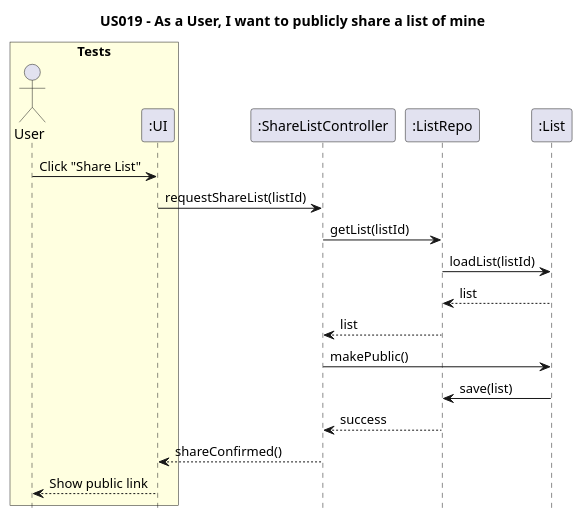
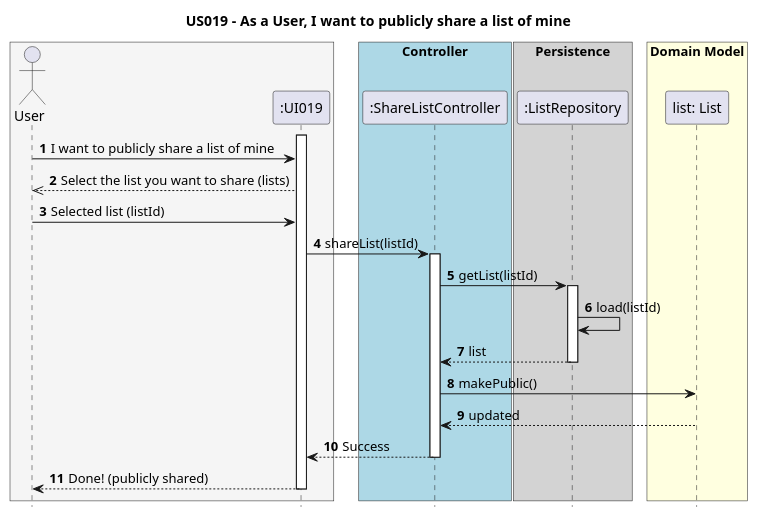
One commit to AndrePereiraGitH/SWitCH-Project-Team_A changed the diagram in Diagrams/SequenceDiagrams/N2/US019-to-publicly-share-a-list.puml. Above: the diagram before and after it, drawn with PlantUML. The commit also changed 5 other files, not shown here.

Commit message:
Updates for #41 and #42, updated all diagrams

```diff
--- a/Diagrams/SequenceDiagrams/N2/US019-to-publicly-share-a-list.puml
+++ b/Diagrams/SequenceDiagrams/N2/US019-to-publicly-share-a-list.puml
@@ -1,29 +1,53 @@
 @startuml
 
 hide footbox
+autonumber
 
 title US019 - As a User, I want to publicly share a list of mine
 
-box "Tests" #LightYellow
+box #WhiteSmoke
 actor User
-participant ":UI" as UI
-endbox
+participant ":UI019" as UI
+end box
 
+box "Controller" #LightBlue
 participant ":ShareListController" as ShareListController
-participant ":ListRepo" as ListRepo
-participant ":List" as List
+end box
 
-User -> UI : Click "Share List"
-UI -> ShareListController : requestShareList(listId)
-ShareListController -> ListRepo : getList(listId)
-ListRepo -> List : loadList(listId)
-List --> ListRepo : list
-ListRepo --> ShareListController : list
+box "Persistence" #LightGrey
+participant ":ListRepository" as ListRepository
+end box
 
+box "Domain Model" #LightYellow
+participant "list: List" as List
+end box
+
+' Human contact between User and UI
+activate UI
+User -> UI : I want to publicly share a list of mine
+UI -->> User : Select the list you want to share (lists)
+User -> UI : Selected list (listId)
+
+' First contact between UI and the System
+UI -> ShareListController : shareList(listId)
+activate ShareListController
+ShareListController -> ListRepository : getList(listId)
+
+activate ListRepository
+ListRepository -> ListRepository : load(listId)
+ListRepository --> ShareListController : list
+deactivate ListRepository
+
+' Domain behavior
 ShareListController -> List : makePublic()
-List -> ListRepo : save(list)
-ListRepo --> ShareListController : success
+List --> ShareListController : updated
 
-ShareListController --> UI : shareConfirmed()
-UI --> User : Show public link
+
+' Return back up
+ShareListController --> UI : Success
+deactivate ShareListController
+
+UI --> User : Done! (publicly shared)
+deactivate UI
+
 @enduml
```
